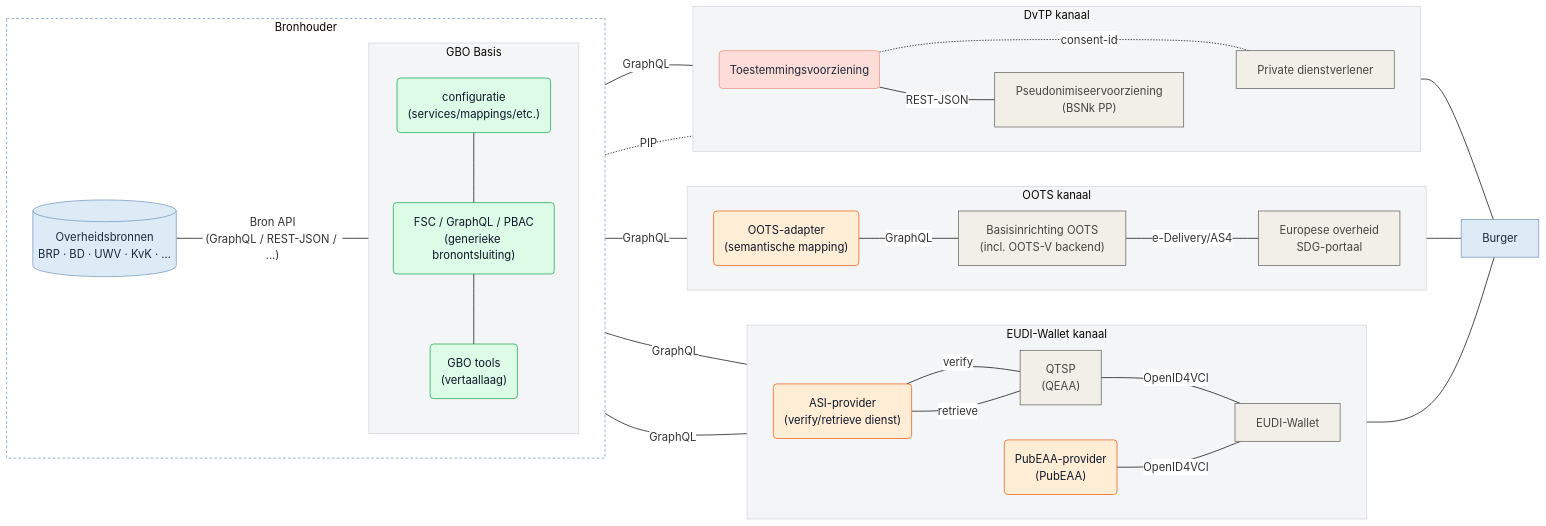
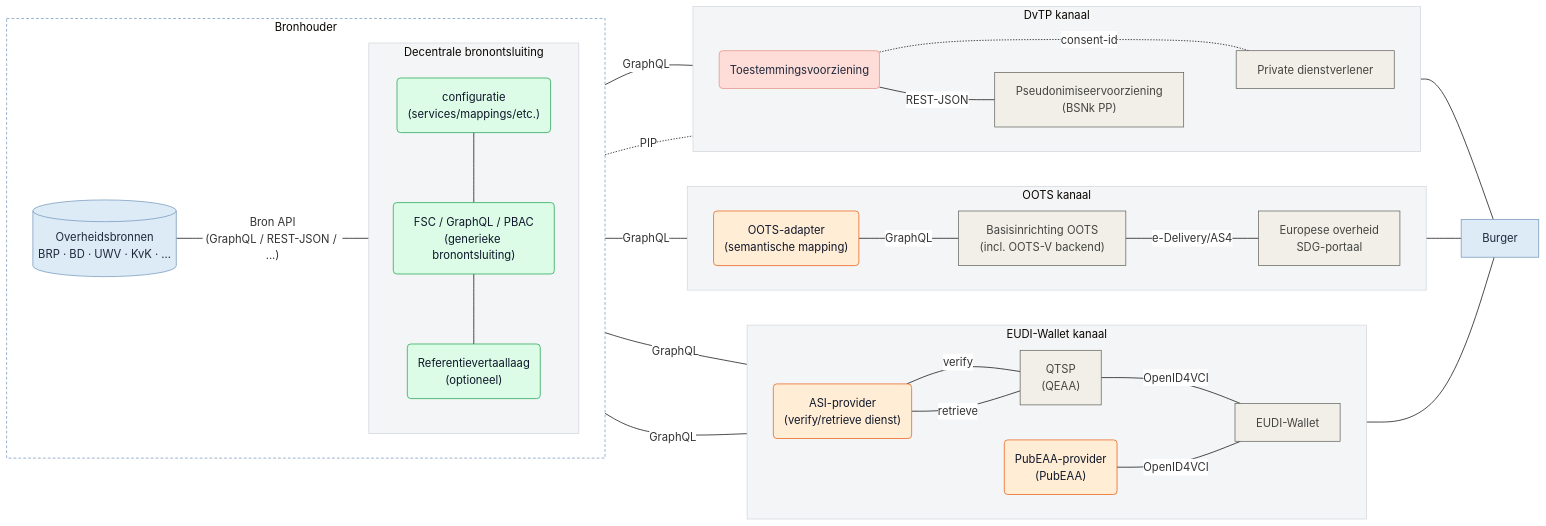
One commit to ICTU/GBO-GO changed the diagram in pr-preview/pr-59/diagrammen/gbo_swimlanes.mmd. Above: the diagram before and after it, drawn with Mermaid. The commit also changed 12 other files, not shown here.

```diff
--- a/pr-preview/pr-59/diagrammen/gbo_swimlanes.mmd
+++ b/pr-preview/pr-59/diagrammen/gbo_swimlanes.mmd
@@ -1,97 +1,97 @@
 %%{
   init: {
     'theme': 'base',
     'themeVariables': {
       'darkMode': false,
       'background': '#FFFFFF',
       'edgeLabelBackground': '#FFFFFF'
     },
     'themeCSS': 'svg, .mermaid, #mermaid-svg, .mermaid > svg { background-color: #FFFFFF !important; background: #FFFFFF !important; } @media (prefers-color-scheme: dark) { svg, .mermaid, #mermaid-svg, .mermaid > svg { background-color: #FFFFFF !important; background: #FFFFFF !important; } }'
   }
 }%%
 flowchart LR
   subgraph bronhouder["Bronhouder"]
     direction LR
         bron[("Overheidsbronnen<br/>BRP · BD · UWV · KvK · …")]
-    subgraph gbo["GBO Basis"]
+    subgraph gbo["Decentrale bronontsluiting"]
       direction TB
           fsc_config("configuratie<br/>(services/mappings/etc.)")
           fsc("FSC / GraphQL / PBAC<br/>(generieke bronontsluiting)")
-          fsc_tools("GBO tools<br/>(vertaallaag)")
+          fsc_tools("Referentievertaallaag<br/>(optioneel)")
     end
   end
   subgraph eudi["EUDI-Wallet kanaal"]
     direction LR
         eudi_asi("ASI-provider<br/>(verify/retrieve dienst)")
         eudi_pubeaa("PubEAA-provider<br/>(PubEAA)")
         eudi_qeaa["QTSP<br/>(QEAA)"]
         eudi_wallet["EUDI-Wallet"]
   end
   subgraph oots["OOTS kanaal"]
     direction LR
         oots_adapter("OOTS-adapter<br/>(semantische mapping)")
         oots_basis["Basisinrichting OOTS<br/>(incl. OOTS-V backend)"]
         oots_afnemer["Europese overheid<br/>SDG-portaal"]
   end
   subgraph dvtp["DvTP kanaal"]
     direction LR
         dvtp_toestemming("Toestemmingsvoorziening")
         dvtp_pseudoniem["Pseudonimiseervoorziening<br/>(BSNk PP)"]
         dvtp_afnemer["Private dienstverlener"]
   end
 
   fsc_config --- fsc
   fsc --- fsc_tools
   bron -- Bron API<br/>(GraphQL / REST-JSON / ...) --- gbo
   eudi_asi -- verify --- eudi_qeaa
   eudi_asi -- retrieve --- eudi_qeaa
   eudi_qeaa -- OpenID4VCI --- eudi_wallet
   gbo -- GraphQL --- eudi_asi & eudi_pubeaa & oots_adapter & dvtp_afnemer
   eudi_asi ~~~ eudi_pubeaa
   eudi_pubeaa -- OpenID4VCI --- eudi_wallet
   oots_adapter -- GraphQL --- oots_basis
   oots_basis -- e-Delivery/AS4 --- oots_afnemer
   gbo -. PIP .- dvtp_toestemming
   dvtp_toestemming -. consent-id .- dvtp_afnemer
   dvtp_toestemming -- REST-JSON --- dvtp_pseudoniem
   dvtp_pseudoniem ~~~ dvtp_afnemer
   eudi_wallet --- burger["Burger"]
   oots_afnemer --- burger
   dvtp_afnemer --- burger
 
   fsc:::gbo_d
   fsc_tools:::gbo_d
   fsc_config:::gbo_d
   eudi_asi:::gbo_k
   eudi_pubeaa:::gbo_k
   eudi_qeaa:::eudi
   eudi_wallet:::eudi
   oots_adapter:::gbo_k
   oots_basis:::oots
   oots_afnemer:::oots
   dvtp_toestemming:::gbo_c
   dvtp_pseudoniem:::dvtp
   dvtp_afnemer:::dvtp
   bron:::bron
   burger:::burger
 
   %% Subgraph Stijlen
   style bronhouder fill:#FFFFFF,stroke:#6F94B8,stroke-width:1px,stroke-dasharray:4 3
   style gbo fill:#F4F5F7,stroke:#D1D5DB,stroke-width:1px
   style eudi fill:#F4F5F7,stroke:#D1D5DB,stroke-width:1px
   style oots fill:#F4F5F7,stroke:#D1D5DB,stroke-width:1px
   style dvtp fill:#F4F5F7,stroke:#D1D5DB,stroke-width:1px
 
   %% Elementstijlen
   classDef bron fill:#DDEBF7,stroke:#6F94B8,color:#1E293B
   classDef burger fill:#DDEBF7,stroke:#6F94B8,color:#1E293B
 
   classDef eudi fill:#f1efe8,stroke:#5f5e5a,color:#444441
   classDef oots fill:#f1efe8,stroke:#5f5e5a,color:#444441
   classDef dvtp fill:#f1efe8,stroke:#5f5e5a,color:#444441
 
   classDef gbo_c fill:#FEDCD8,stroke:#E28F80,color:#1E293B
   classDef gbo_d fill:#DCFCE7,stroke:#16A34A,color:#0F172A
   classDef gbo_k fill:#FFEDD5,stroke:#EA580C,color:#0F172A
   %% Eventueel een gestippelde box voor de OOTS-adpater - die gegevensstroom werkt ook zonder de adapter
   classDef gbo_k_o fill:#FFEDD5,stroke:#EA580C,color:#0F172A,stroke-dasharray:10 10
```
